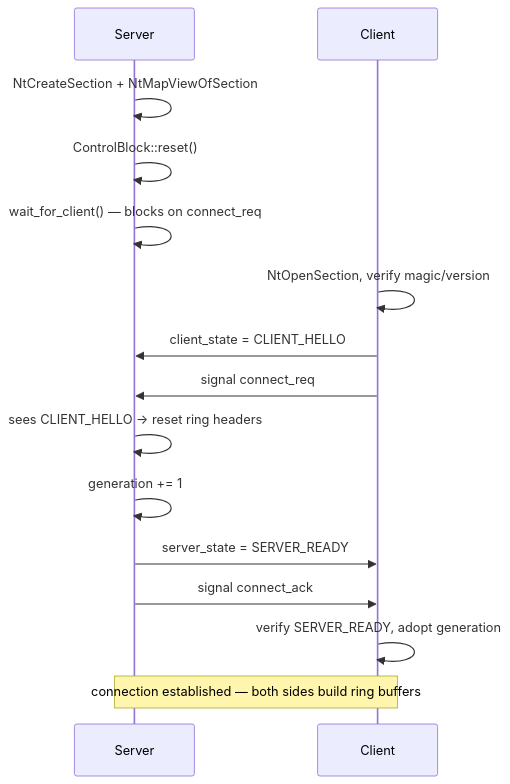
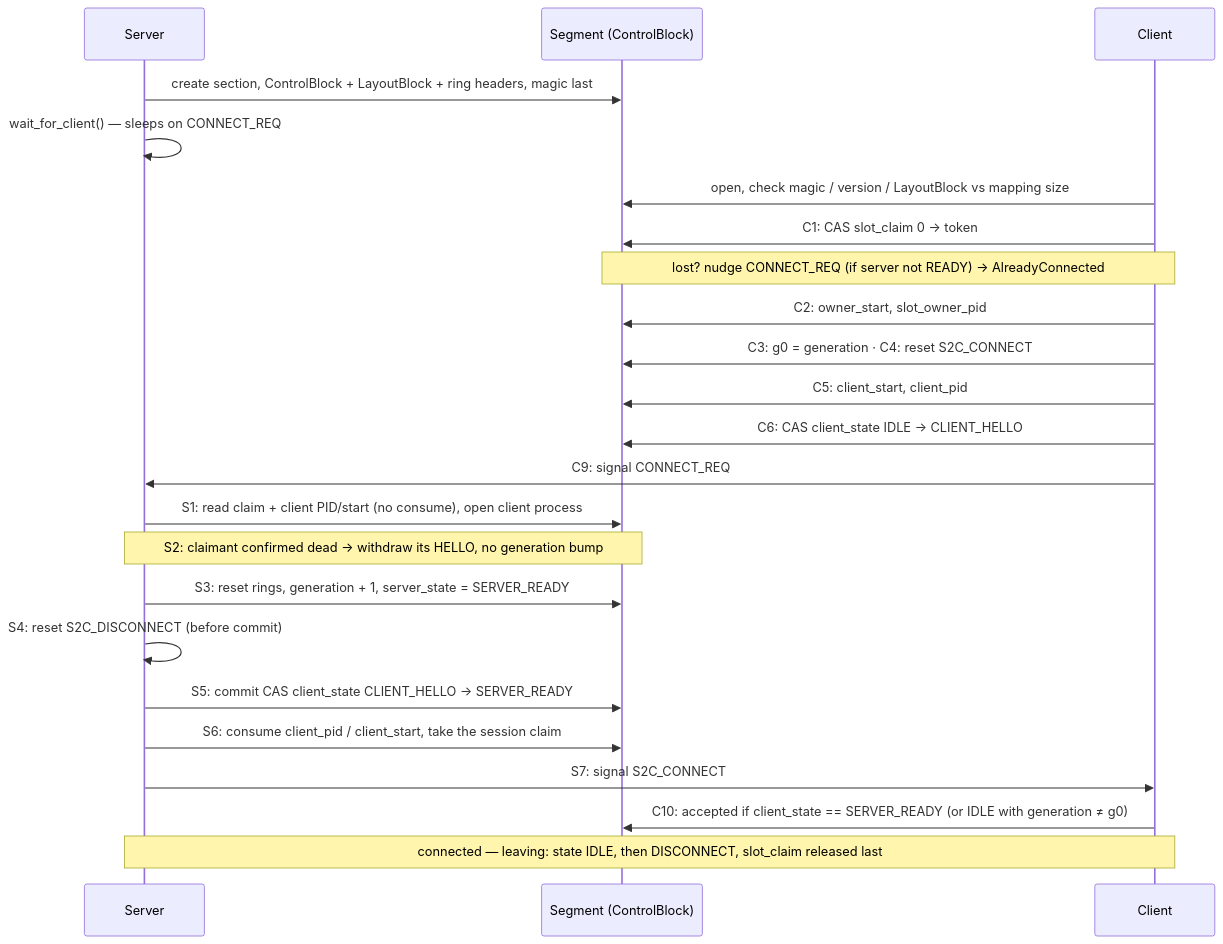
One commit to Platon7788/xshm changed the third of 4 diagrams in README.md. Above: the diagram before and after it, drawn with Mermaid. The commit also changed other lines of this file and 4 other files, not shown here.

````diff
--- a/README.md
+++ b/README.md
@@ -174,21 +292,29 @@
 ```mermaid
 sequenceDiagram
     participant S as Server
+    participant M as Segment (ControlBlock)
     participant C as Client
 
-    S->>S: NtCreateSection + NtMapViewOfSection
-    S->>S: ControlBlock::reset()
-    S->>S: wait_for_client() — blocks on connect_req
+    S->>M: create section, ControlBlock + LayoutBlock + ring headers, magic last
+    S->>S: wait_for_client() — sleeps on CONNECT_REQ
 
-    C->>C: NtOpenSection, verify magic/version
-    C->>S: client_state = CLIENT_HELLO
-    C->>S: signal connect_req
+    C->>M: open, check magic / version / LayoutBlock vs mapping size
+    C->>M: C1: CAS slot_claim 0 → token
+    Note over C,M: lost? nudge CONNECT_REQ (if server not READY) → AlreadyConnected
+    C->>M: C2: owner_start, slot_owner_pid
+    C->>M: C3: g0 = generation · C4: reset S2C_CONNECT
+    C->>M: C5: client_start, client_pid
+    C->>M: C6: CAS client_state IDLE → CLIENT_HELLO
+    C->>S: C9: signal CONNECT_REQ
 
-    S->>S: sees CLIENT_HELLO → reset ring headers
-    S->>S: generation += 1
-    S->>C: server_state = SERVER_READY
-    S->>C: signal connect_ack
+    S->>M: S1: read claim + client PID/start (no consume), open client process
+    Note over S,M: S2: claimant confirmed dead → withdraw its HELLO, no generation bump
+    S->>M: S3: reset rings, generation + 1, server_state = SERVER_READY
+    S->>S: S4: reset S2C_DISCONNECT (before commit)
+    S->>M: S5: commit CAS client_state CLIENT_HELLO → SERVER_READY
+    S->>M: S6: consume client_pid / client_start, take the session claim
+    S->>C: S7: signal S2C_CONNECT
 
-    C->>C: verify SERVER_READY, adopt generation
-    Note over S,C: connection established — both sides build ring buffers
+    C->>M: C10: accepted if client_state == SERVER_READY (or IDLE with generation ≠ g0)
+    Note over S,C: connected — leaving: state IDLE, then DISCONNECT, slot_claim released last
 ```
````
